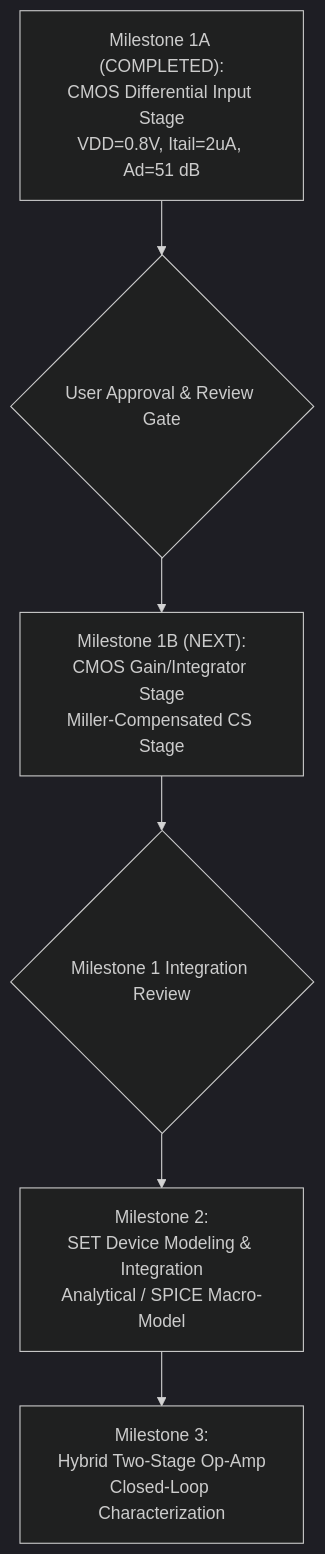
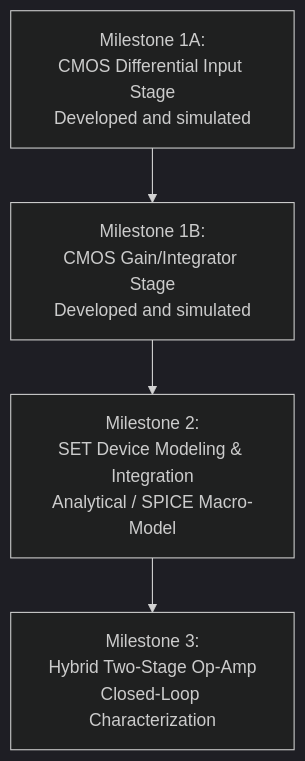
Before and after one commit to rajdeep13-coder/Hybrid-CMOS-SET-based-Opamp-LTSpice: the diagram in docs/PROJECT_OVERVIEW.md, drawn with Mermaid (dark theme). The commit also changed other lines of this file and 22 other files, not shown here.

````diff
--- a/docs/PROJECT_OVERVIEW.md
+++ b/docs/PROJECT_OVERVIEW.md
@@ -17,8 +17,6 @@
 ```mermaid
 flowchart TD
-    M1A["Milestone 1A (COMPLETED):<br/>CMOS Differential Input Stage<br/>VDD=0.8V, Itail=2uA, Ad=51 dB"] --> Gate1{"User Approval & Review Gate"}
-    Gate1 --> M1B["Milestone 1B (NEXT):<br/>CMOS Gain/Integrator Stage<br/>Miller-Compensated CS Stage"]
-    M1B --> Gate2{"Milestone 1 Integration Review"}
-    Gate2 --> M2["Milestone 2:<br/>SET Device Modeling & Integration<br/>Analytical / SPICE Macro-Model"]
+    M1A["Milestone 1A:<br/>CMOS Differential Input Stage<br/>Developed and simulated"] --> M1B["Milestone 1B:<br/>CMOS Gain/Integrator Stage<br/>Developed and simulated"]
+    M1B --> M2["Milestone 2:<br/>SET Device Modeling & Integration<br/>Analytical / SPICE Macro-Model"]
     M2 --> M3["Milestone 3:<br/>Hybrid Two-Stage Op-Amp<br/>Closed-Loop Characterization"]
 ```
````
